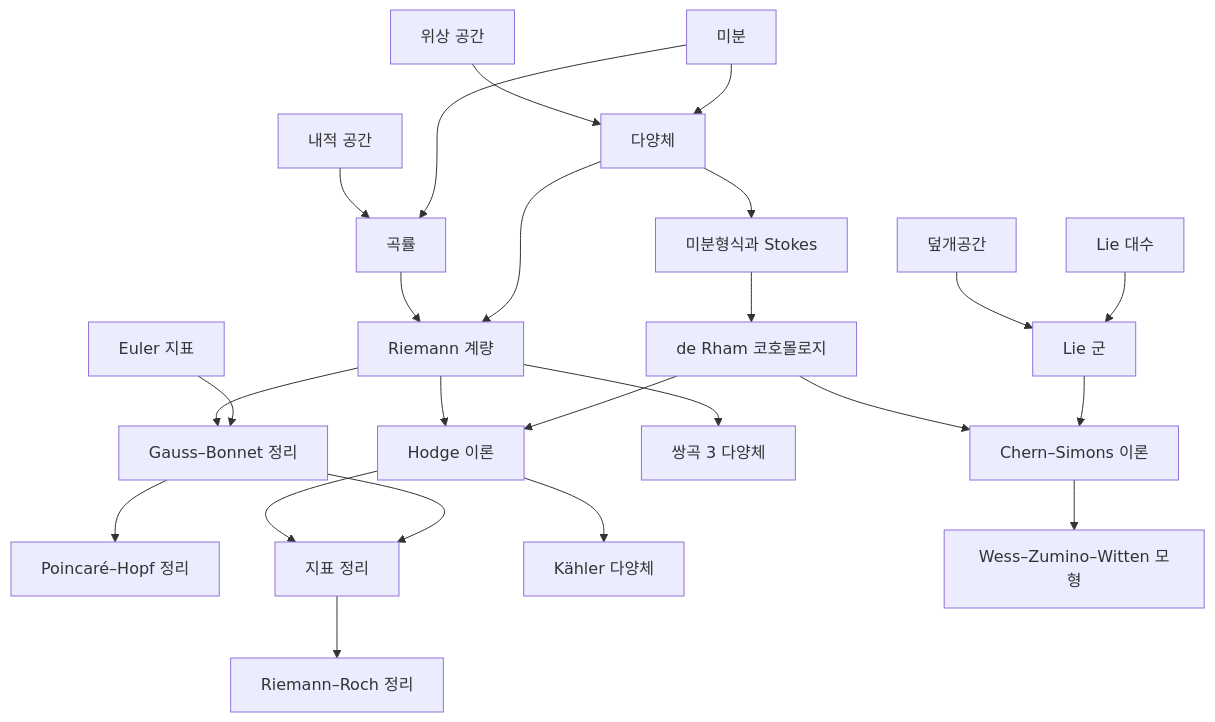
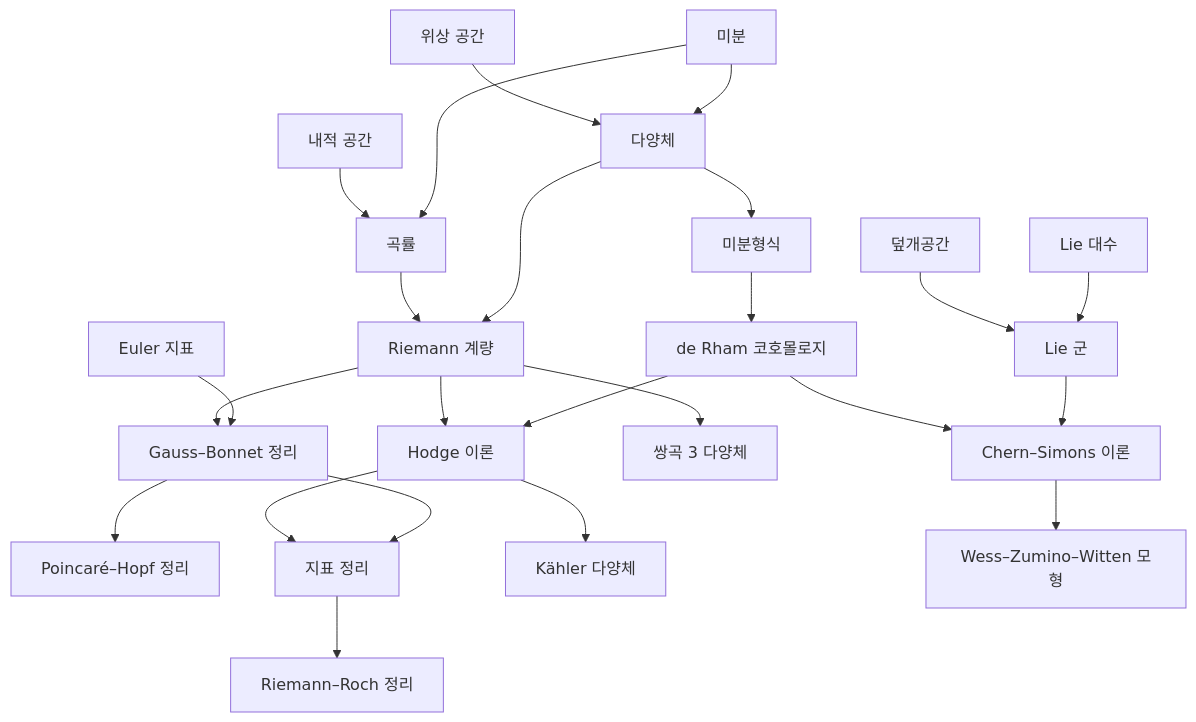
Before and after one commit to Phryxia/math-map: the diagram in docs/differential-geometry-overview.md, drawn with Mermaid. The commit also changed other lines of this file and 25 other files, not shown here.

````diff
--- a/docs/differential-geometry-overview.md
+++ b/docs/differential-geometry-overview.md
@@ -13,26 +13,26 @@
 ```mermaid
 graph TD
   DV["미분"] --> MF["다양체"]
   TP["위상 공간"] --> MF
   DV --> CV["곡률"]
   IP["내적 공간"] --> CV
-  MF --> DF["미분형식과 Stokes"]
+  MF --> DF["미분형식"]
   MF --> RM["Riemann 계량"]
   CV --> RM
   DF --> DR["de Rham 코호몰로지"]
   DR --> HT["Hodge 이론"]
   RM --> HT
   EC["Euler 지표"] --> GB["Gauss–Bonnet 정리"]
   RM --> GB
   GB --> PH["Poincaré–Hopf 정리"]
   GB --> IX["지표 정리"]
   HT --> IX
   HT --> KM["Kähler 다양체"]
   IX --> RR["Riemann–Roch 정리"]
   RM --> H3["쌍곡 3 다양체"]
   LA["Lie 대수"] --> LG["Lie 군"]
   CS2["덮개공간"] --> LG
   LG --> CS["Chern–Simons 이론"]
   DR --> CS
   CS --> WZ["Wess–Zumino–Witten 모형"]
 ```
````
